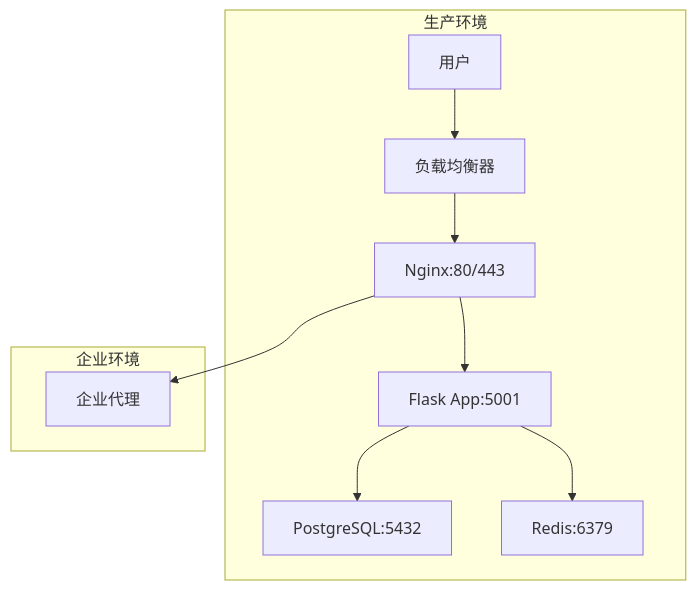
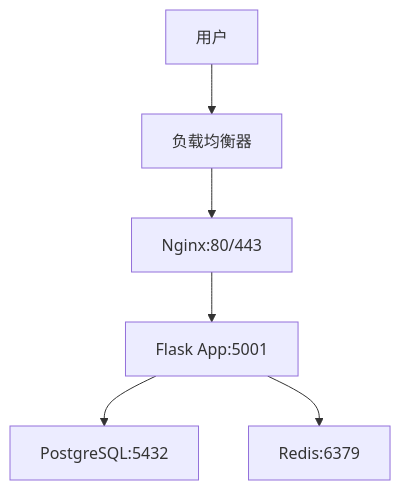
The second of 2 diagrams in docs/deployment/README.md (nyealovey/TaifishingV4), drawn with Mermaid before and after one commit. The commit also changed other lines of this file and 97 other files, not shown here.

````diff
--- a/docs/deployment/README.md
+++ b/docs/deployment/README.md
@@ -44,14 +19,8 @@
 ```mermaid
 graph TB
-    subgraph "生产环境"
-        U[用户] --> LB[负载均衡器]
-        LB --> N2[Nginx:80/443]
-        N2 --> F2[Flask App:5001]
-        F2 --> P2[PostgreSQL:5432]
-        F2 --> R2[Redis:6379]
-    end
-    
-    subgraph "企业环境"
-        N2 --> PROXY[企业代理]
-    end
+    U[用户] --> LB[负载均衡器]
+    LB --> N2[Nginx:80/443]
+    N2 --> F2[Flask App:5001]
+    F2 --> P2[PostgreSQL:5432]
+    F2 --> R2[Redis:6379]
 ```
````
